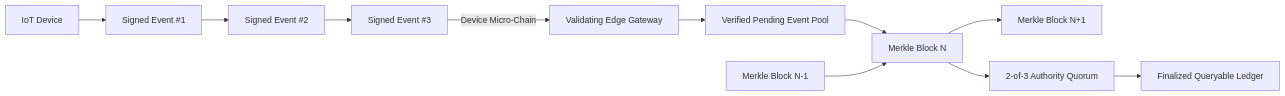
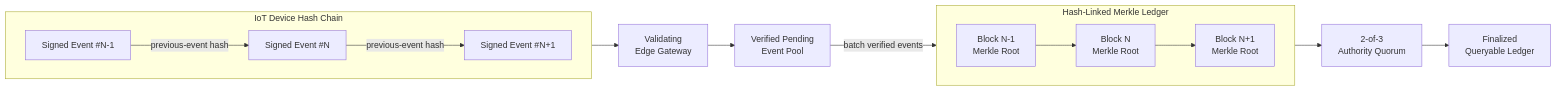
Before and after one commit to vtavakkoli/EdgeChainDB: the diagram in README.md, drawn with Mermaid.

````diff
--- a/README.md
+++ b/README.md
@@ -35,32 +35,29 @@
 ```mermaid
 flowchart LR
-    D[IoT Device]
+    subgraph Device["IoT Device Hash Chain"]
+        direction LR
+        E1["Signed Event #N-1"]
+        E2["Signed Event #N"]
+        E3["Signed Event #N+1"]
 
-    E1[Signed Event #1]
-    E2[Signed Event #2]
-    E3[Signed Event #3]
+        E1 -->|previous-event hash| E2
+        E2 -->|previous-event hash| E3
+    end
 
-    G[Validating Edge Gateway]
-    P[Verified Pending Event Pool]
+    E3 --> G["Validating<br/>Edge Gateway"]
+    G --> P["Verified Pending<br/>Event Pool"]
 
-    B1[Merkle Block N-1]
-    B2[Merkle Block N]
-    B3[Merkle Block N+1]
+    subgraph Ledger["Hash-Linked Merkle Ledger"]
+        direction LR
+        B1["Block N-1<br/>Merkle Root"]
+        B2["Block N<br/>Merkle Root"]
+        B3["Block N+1<br/>Merkle Root"]
 
-    Q[2-of-3 Authority Quorum]
-    L[Finalized Queryable Ledger]
+        B1 --> B2
+        B2 --> B3
+    end
 
-    D --> E1
-    E1 --> E2
-    E2 --> E3
-
-    E3 -->|Device Micro-Chain| G
-    G --> P
-    P --> B2
-
-    B1 --> B2
-    B2 --> B3
-
-    B2 --> Q
-    Q --> L
+    P -->|batch verified events| B2
+    B2 --> Q["2-of-3<br/>Authority Quorum"]
+    Q --> L["Finalized<br/>Queryable Ledger"]
 ```
````
